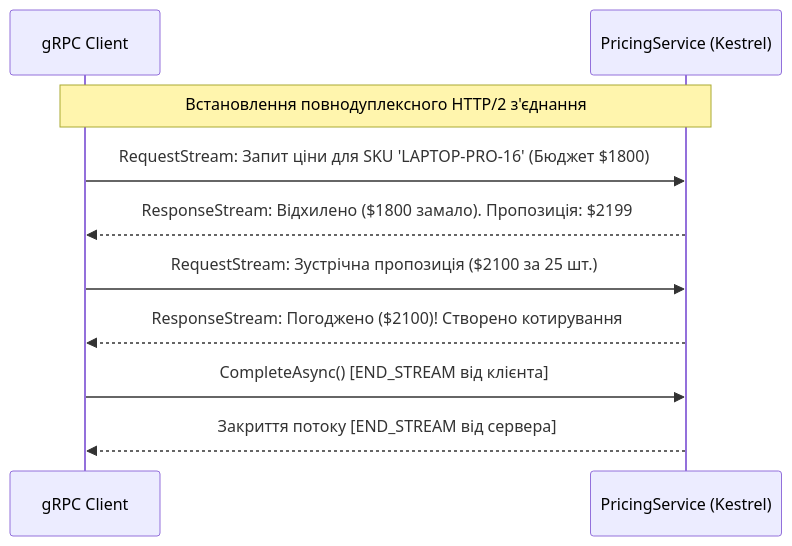
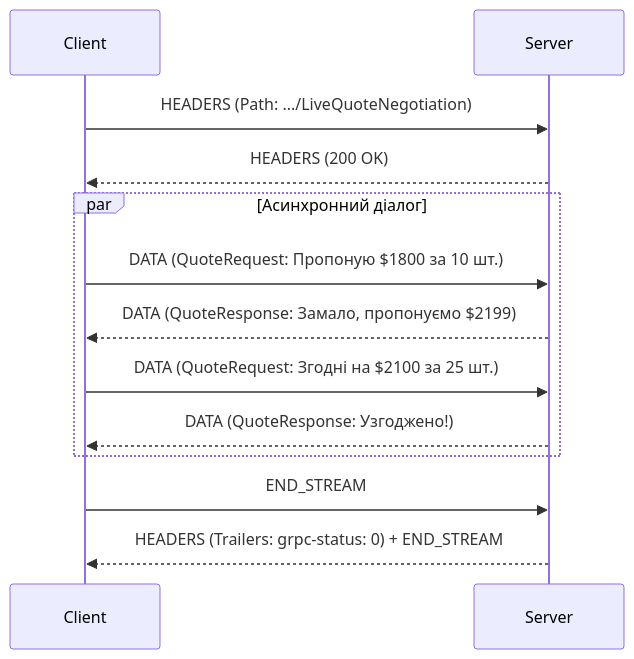
One commit to MrTomkaYurii/AspNet-gRPC-Mastery changed the sixth of 6 diagrams in docs/Mastery-02-Streaming-In-Depth.md. Above: the diagram before and after it, drawn with Mermaid. The commit also changed other lines of this file and 5 other files, not shown here.

Commit message:
docs(academic): enrich comprehensive theoretical handbooks with binary layouts, diagrams, and labs

````diff
--- a/docs/Mastery-02-Streaming-In-Depth.md
+++ b/docs/Mastery-02-Streaming-In-Depth.md
@@ -210,13 +240,16 @@
 ```mermaid
 sequenceDiagram
-    participant Client as gRPC Client
-    participant Server as PricingService (Kestrel)
+    participant Client
+    participant Server
 
-    Note over Client,Server: Встановлення повнодуплексного HTTP/2 з'єднання
-    Client->>Server: RequestStream: Запит ціни для SKU 'LAPTOP-PRO-16' (Бюджет $1800)
-    Server-->>Client: ResponseStream: Відхилено ($1800 замало). Пропозиція: $2199
-    Client->>Server: RequestStream: Зустрічна пропозиція ($2100 за 25 шт.)
-    Server-->>Client: ResponseStream: Погоджено ($2100)! Створено котирування
-    Client->>Server: CompleteAsync() [END_STREAM від клієнта]
-    Server-->>Client: Закриття потоку [END_STREAM від сервера]
+    Client->>Server: HEADERS (Path: .../LiveQuoteNegotiation)
+    Server-->>Client: HEADERS (200 OK)
+    par Асинхронний діалог
+        Client->>Server: DATA (QuoteRequest: Пропоную $1800 за 10 шт.)
+        Server-->>Client: DATA (QuoteResponse: Замало, пропонуємо $2199)
+        Client->>Server: DATA (QuoteRequest: Згодні на $2100 за 25 шт.)
+        Server-->>Client: DATA (QuoteResponse: Узгоджено!)
+    end
+    Client->>Server: END_STREAM
+    Server-->>Client: HEADERS (Trailers: grpc-status: 0) + END_STREAM
 ```
````
